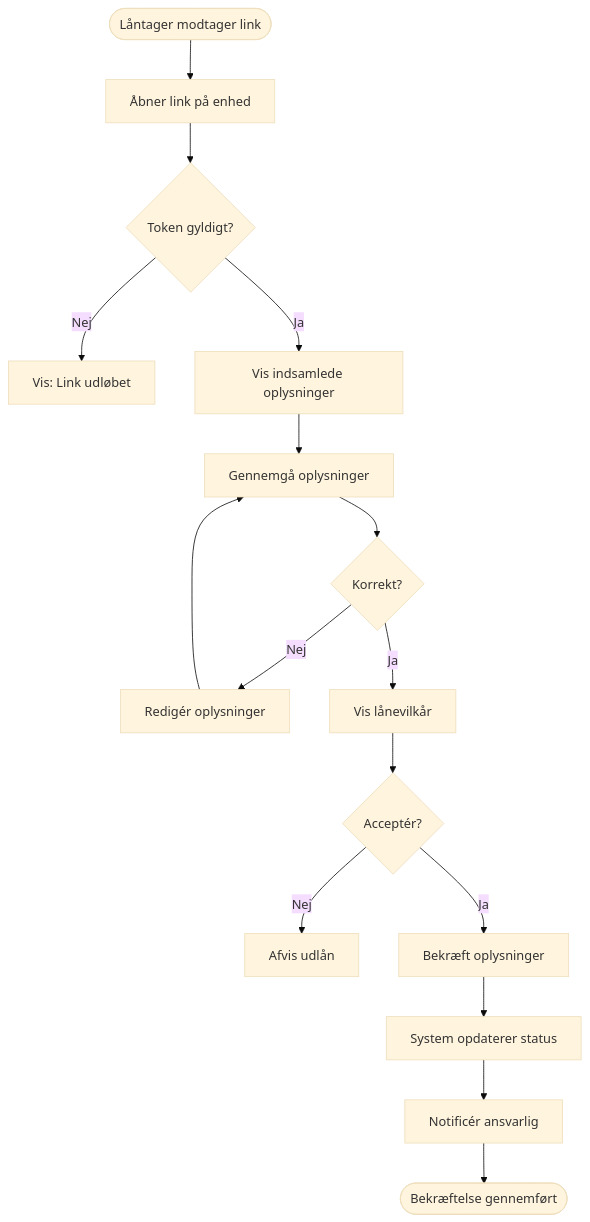
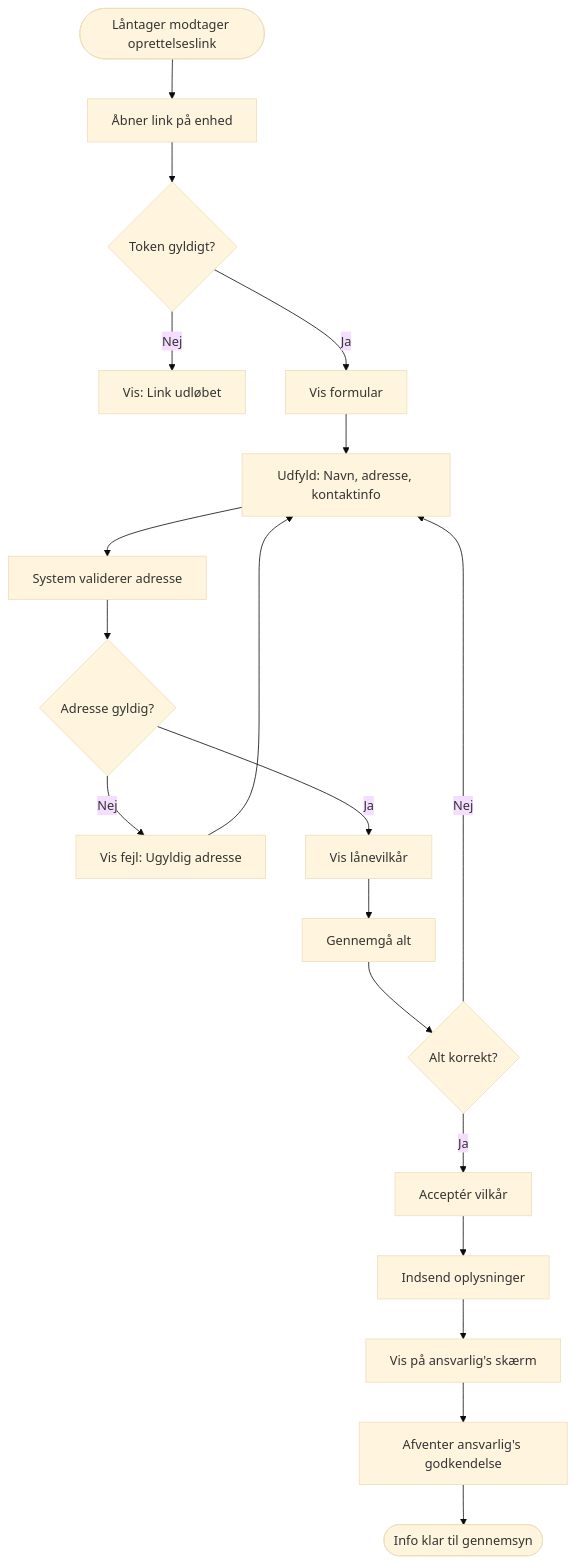
One commit to OrangeMakers/Udlaan changed the sixth of 7 diagrams in FLOWS.md. Above: the diagram before and after it, drawn with Mermaid (base theme). The commit also changed other lines of this file and 5 other files, not shown here.

First line of the commit message:
feat(spec): add RFID equipment tagging and improve non-member loan flow

````diff
--- a/FLOWS.md
+++ b/FLOWS.md
@@ -197,18 +207,21 @@
 ```mermaid
 flowchart TD
-    Start([Låntager modtager link]) --> OpenLink[Åbner link på enhed]
+    Start([Låntager modtager oprettelseslink]) --> OpenLink[Åbner link på enhed]
     OpenLink --> ValidToken{Token gyldigt?}
     ValidToken -->|Nej| Expired[Vis: Link udløbet]
-    ValidToken -->|Ja| ShowInfo[Vis indsamlede oplysninger]
-    ShowInfo --> Review[Gennemgå oplysninger]
-    Review --> Correct{Korrekt?}
-    Correct -->|Nej| Edit[Redigér oplysninger]
-    Edit --> Review
-    Correct -->|Ja| ShowTerms[Vis lånevilkår]
-    ShowTerms --> Accept{Acceptér?}
-    Accept -->|Nej| Decline[Afvis udlån]
-    Accept -->|Ja| Confirm[Bekræft oplysninger]
-    Confirm --> UpdateSystem[System opdaterer status]
-    UpdateSystem --> Notify[Notificér ansvarlig]
-    Notify --> End([Bekræftelse gennemført])
+    ValidToken -->|Ja| ShowForm[Vis formular]
+    ShowForm --> FillInfo[Udfyld: Navn, adresse, kontaktinfo]
+    FillInfo --> ValidateAddr[System validerer adresse]
+    ValidateAddr --> AddrValid{Adresse gyldig?}
+    AddrValid -->|Nej| ShowAddrError[Vis fejl: Ugyldig adresse]
+    ShowAddrError --> FillInfo
+    AddrValid -->|Ja| ShowTerms[Vis lånevilkår]
+    ShowTerms --> ReviewAll[Gennemgå alt]
+    ReviewAll --> Correct{Alt korrekt?}
+    Correct -->|Nej| FillInfo
+    Correct -->|Ja| AcceptTerms[Acceptér vilkår]
+    AcceptTerms --> Submit[Indsend oplysninger]
+    Submit --> NotifyScreen[Vis på ansvarlig's skærm]
+    NotifyScreen --> WaitApproval[Afventer ansvarlig's godkendelse]
+    WaitApproval --> End([Info klar til gennemsyn])
 ```
````
